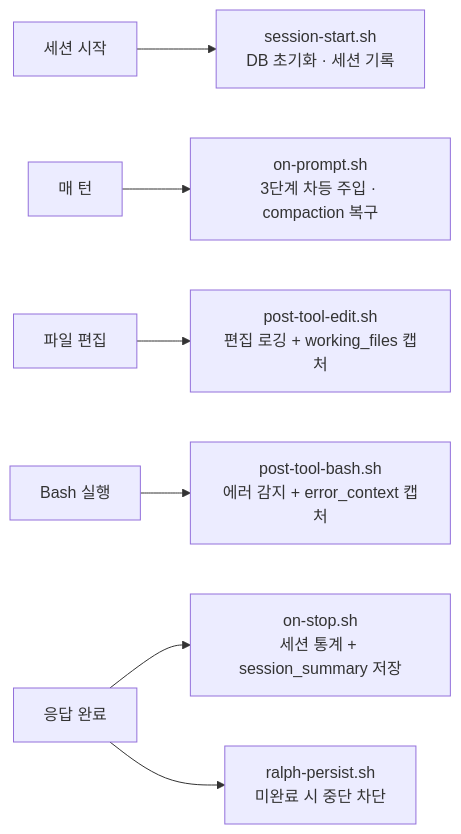
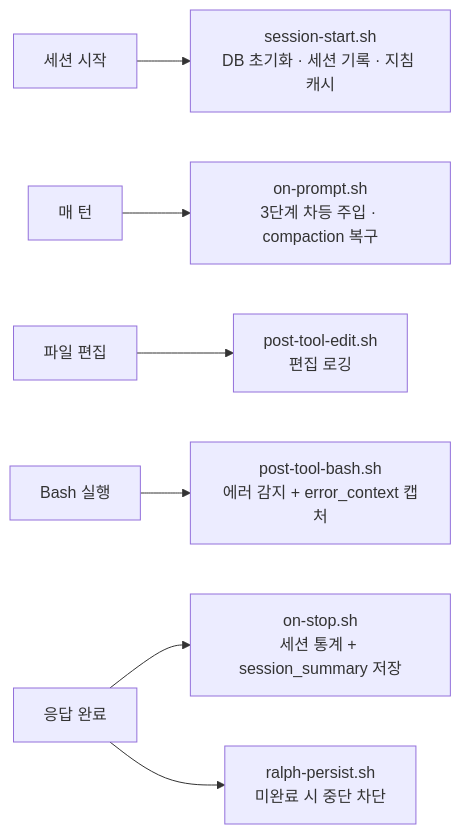
The second of 2 diagrams in README.md (leonardo204/dotclaude), drawn with Mermaid before and after one commit. The commit also changed other lines of this file, not shown here.

````diff
--- a/README.md
+++ b/README.md
@@ -142,9 +143,9 @@
 ```mermaid
 flowchart LR
-    A[세션 시작] --> B[session-start.sh<br/>DB 초기화 · 세션 기록]
+    A[세션 시작] --> B[session-start.sh<br/>DB 초기화 · 세션 기록 · 지침 캐시]
     C[매 턴] --> D[on-prompt.sh<br/>3단계 차등 주입 · compaction 복구]
-    E[파일 편집] --> F[post-tool-edit.sh<br/>편집 로깅 + working_files 캡처]
+    E[파일 편집] --> F[post-tool-edit.sh<br/>편집 로깅]
     G[Bash 실행] --> H[post-tool-bash.sh<br/>에러 감지 + error_context 캡처]
     I[응답 완료] --> J[on-stop.sh<br/>세션 통계 + session_summary 저장]
     I --> K[ralph-persist.sh<br/>미완료 시 중단 차단]
 ```
````
